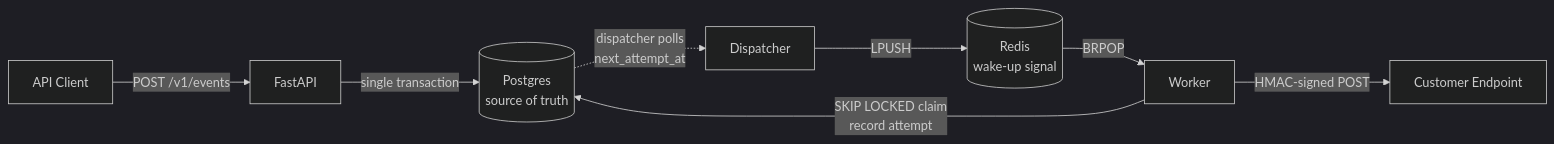
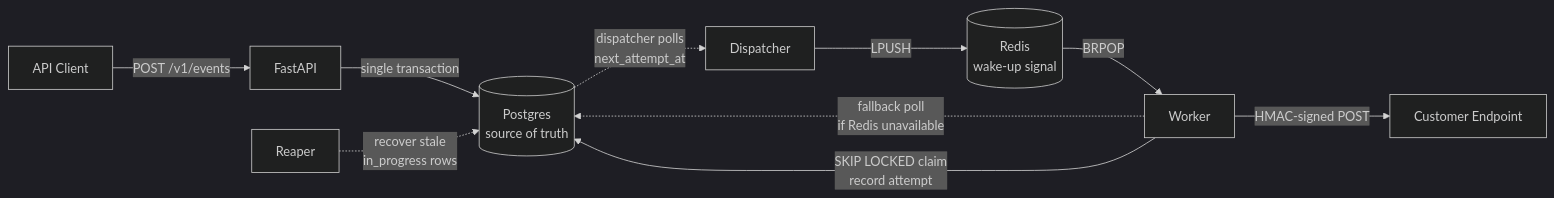
The diagram in README.md (BlackStarCodes/hookdaemon), drawn with Mermaid (dark theme) before and after one commit. The commit also changed other lines of this file and 4 other files, not shown here.

First line of the commit message:
docs: freeze SPEC, README, ROADMAP, DECISIONS for v1 (#4)

````diff
--- a/README.md
+++ b/README.md
@@ -70,10 +70,12 @@
 ```mermaid
 flowchart LR
     C[API Client] -->|POST /v1/events| A[FastAPI]
     A -->|single transaction| PG[(Postgres<br/>source of truth)]
     PG -.->|dispatcher polls<br/>next_attempt_at| D[Dispatcher]
     D -->|LPUSH| R[(Redis<br/>wake-up signal)]
     R -->|BRPOP| W[Worker]
+    W -.->|fallback poll<br/>if Redis unavailable| PG
     W -->|HMAC-signed POST| EP[Customer Endpoint]
     W -->|SKIP LOCKED claim<br/>record attempt| PG
+    RP[Reaper] -.->|recover stale<br/>in_progress rows| PG
 ```
````
